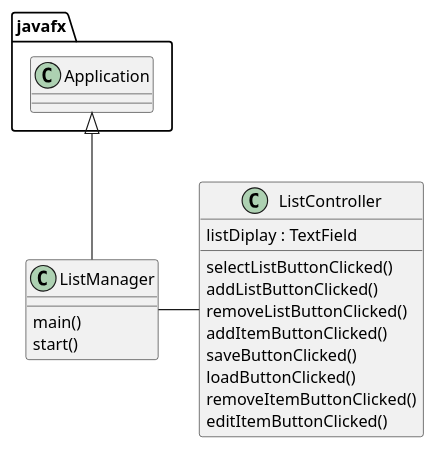
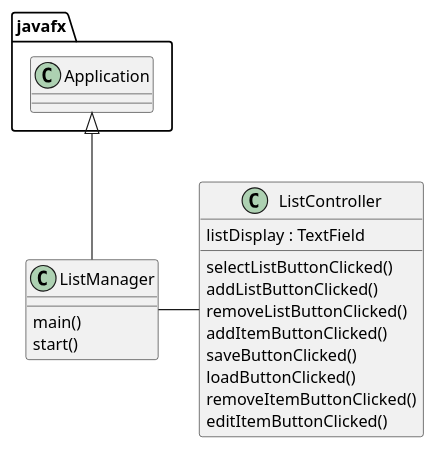
Before and after one commit to cristiam193/enciso-cop3330-assignment4: the diagram in uml/assignment4plant.puml, drawn with PlantUML. The commit also changed 4 other files, not shown here.

```diff
--- a/uml/assignment4plant.puml
+++ b/uml/assignment4plant.puml
@@ -1,26 +1,26 @@
 @startuml
 'https://plantuml.com/class-diagram
 
 class ListManager {
     main()
     start()
 }
 
 class ListController {
-    listDiplay : TextField
+    listDisplay : TextField
 
     selectListButtonClicked()
     addListButtonClicked()
     removeListButtonClicked()
     addItemButtonClicked()
     saveButtonClicked()
     loadButtonClicked()
     removeItemButtonClicked()
     editItemButtonClicked()
 
 }
 
 javafx.Application <|-- ListManager
 
 ListManager - ListController
 @enduml
```
